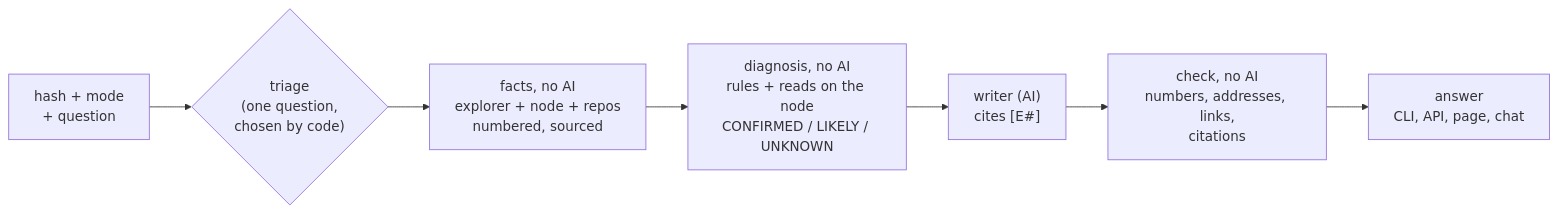
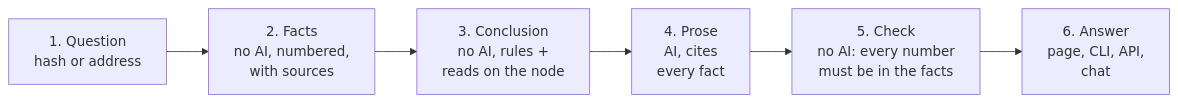
Before and after one commit to Ebaoj/anychain: the diagram in README.md, drawn with Mermaid. The commit also changed other lines of this file and 2 other files, not shown here.

First line of the commit message:
README reads like the architecture page: what it is in one minute with the six steps, who gets what, then the details; samples, the per-case table and the SQL folded

````diff
--- a/README.md
+++ b/README.md
@@ -106,9 +11,8 @@
 ```mermaid
 flowchart LR
-    Q["hash + mode<br/>+ question"] --> T{"triage<br/>(one question,<br/>chosen by code)"}
-    T --> F["facts, no AI<br/>explorer + node + repos<br/>numbered, sourced"]
-    F --> D["diagnosis, no AI<br/>rules + reads on the node<br/>CONFIRMED / LIKELY / UNKNOWN"]
-    D --> W["writer (AI)<br/>cites [E#]"]
-    W --> C["check, no AI<br/>numbers, addresses, links,<br/>citations"]
-    C --> O["answer<br/>CLI, API, page, chat"]
+    Q["1. Question<br/>hash or address"] --> F["2. Facts<br/>no AI, numbered,<br/>with sources"]
+    F --> D["3. Conclusion<br/>no AI, rules +<br/>reads on the node"]
+    D --> W["4. Prose<br/>AI, cites<br/>every fact"]
+    W --> C["5. Check<br/>no AI: every number<br/>must be in the facts"]
+    C --> R["6. Answer<br/>page, CLI, API,<br/>chat"]
 ```
````
